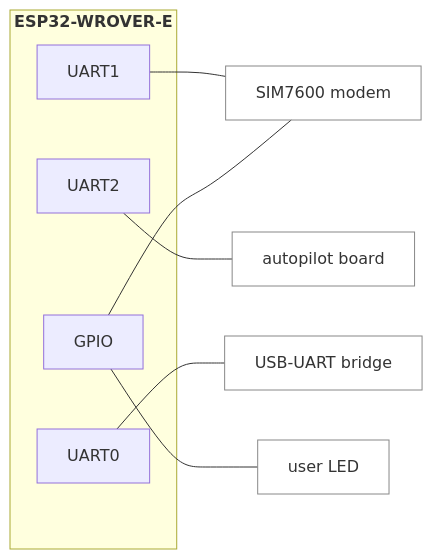
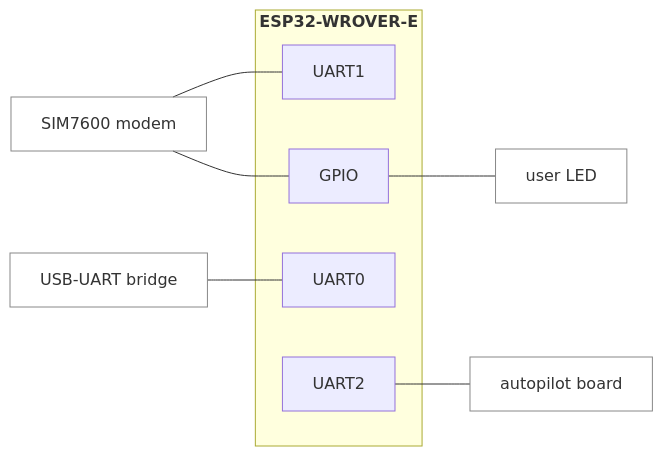
The third of 6 diagrams in examples/gateway/diagrams.md (jRmx0/esp-architecture), drawn with Mermaid before and after one commit. The commit also changed other lines of this file and 3 other files, not shown here.

First line of the commit message:
Block diagrams: 1a without hints; 1b and level 2 keep their layout rules

````diff
--- a/examples/gateway/diagrams.md
+++ b/examples/gateway/diagrams.md
@@ -51,20 +51,20 @@
 ```mermaid
 flowchart LR
   subgraph cpu_box["<b>ESP32-WROVER-E</b>"]
     n_uart_modem["UART1"]
     n_uart2_board["UART2"]
     n_uart0_console["UART0"]
     n_gpio_board["GPIO"]
   end
   n_sim7600["SIM7600 modem"]
   n_user_led["user LED"]
   n_autopilot_board["autopilot board"]
   n_ch9102["USB-UART bridge"]
-  n_uart_modem --- n_sim7600
-  n_gpio_board --- n_sim7600
+  n_sim7600 --- n_uart_modem
+  n_sim7600 --- n_gpio_board
+  n_ch9102 --- n_uart0_console
   n_gpio_board --- n_user_led
   n_uart2_board --- n_autopilot_board
-  n_uart0_console --- n_ch9102
   classDef device fill:none,stroke:#888
   class n_sim7600,n_user_led,n_autopilot_board,n_ch9102 device
 ```
````
